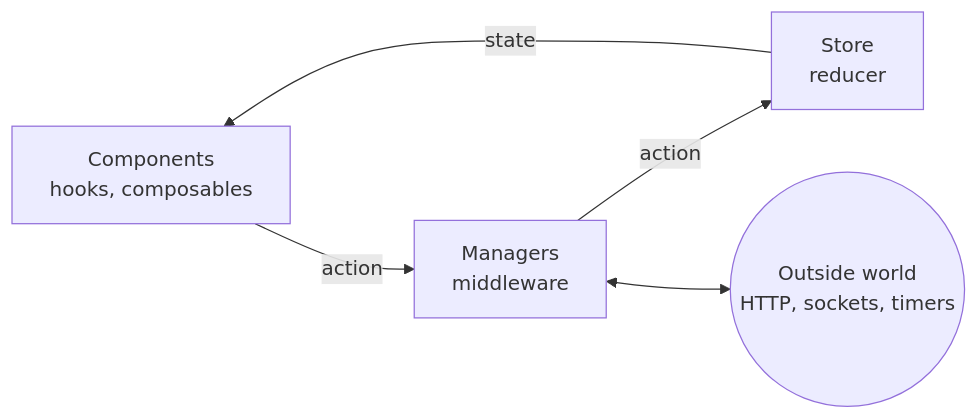
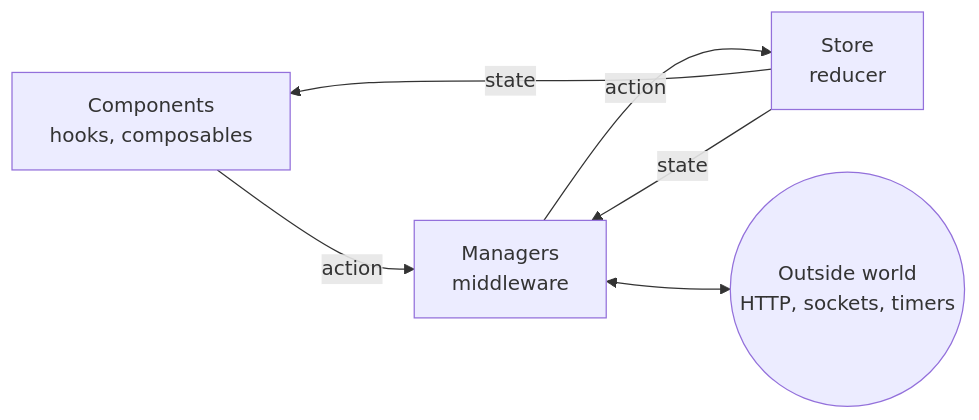
Before and after one commit to reactive/data-client: the diagram in ARCHITECTURE.md, drawn with Mermaid. The commit also changed other lines of this file, not shown here.

First line of the commit message:
docs: Correct ARCHITECTURE.md against an independent review of the source

````diff
--- a/ARCHITECTURE.md
+++ b/ARCHITECTURE.md
@@ -20,7 +22,8 @@
 ```mermaid
 flowchart LR
   C[Components<br/>hooks, composables] -- action --> M[Managers<br/>middleware]
   M -- action --> S[Store<br/>reducer]
   S -- state --> C
+  S -- state --> M
   M <--> W((Outside world<br/>HTTP, sockets, timers))
 ```
````
